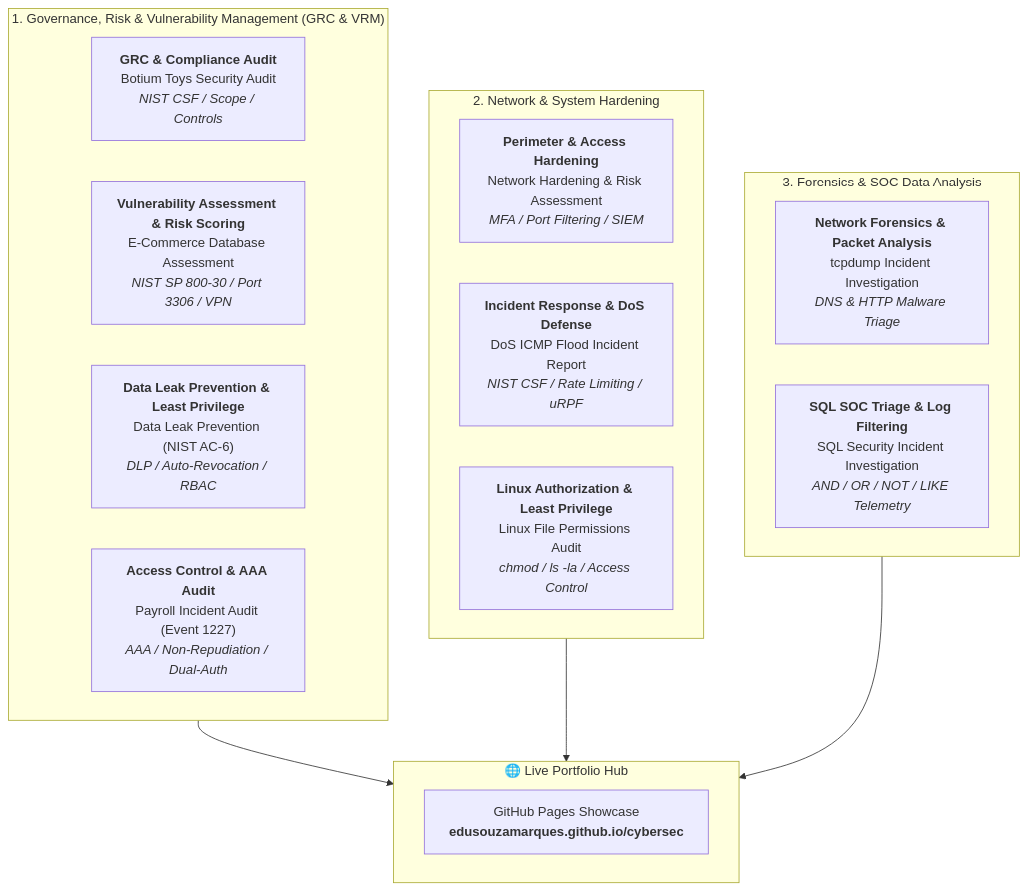
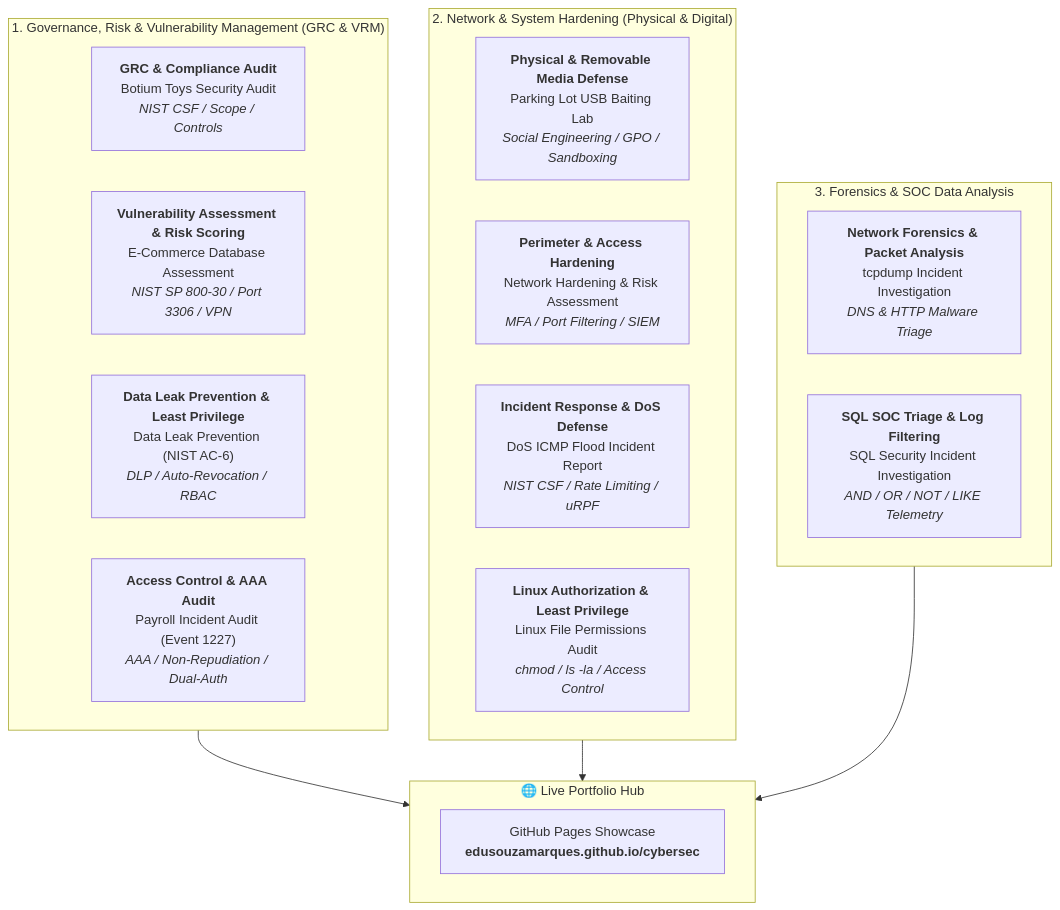
One commit to edusouzamarques/edusouzamarques changed the diagram in README.md. Above: the diagram before and after it, drawn with Mermaid. The commit also changed other lines of this file, not shown here.

Commit message:
docs: feature usb-baiting-attack-vector-lab in practical portfolio showcase

````diff
--- a/README.md
+++ b/README.md
@@ -12,28 +12,29 @@
 ```mermaid
 flowchart TD
     subgraph GRC["1. Governance, Risk & Vulnerability Management (GRC & VRM)"]
         L1["<b>GRC & Compliance Audit</b><br/>Botium Toys Security Audit<br/><i>NIST CSF / Scope / Controls</i>"]
         L2["<b>Vulnerability Assessment & Risk Scoring</b><br/>E-Commerce Database Assessment<br/><i>NIST SP 800-30 / Port 3306 / VPN</i>"]
         L3["<b>Data Leak Prevention & Least Privilege</b><br/>Data Leak Prevention (NIST AC-6)<br/><i>DLP / Auto-Revocation / RBAC</i>"]
         L4["<b>Access Control & AAA Audit</b><br/>Payroll Incident Audit (Event 1227)<br/><i>AAA / Non-Repudiation / Dual-Auth</i>"]
     end
 
-    subgraph Defense["2. Network & System Hardening"]
-        L5["<b>Perimeter & Access Hardening</b><br/>Network Hardening & Risk Assessment<br/><i>MFA / Port Filtering / SIEM</i>"]
-        L6["<b>Incident Response & DoS Defense</b><br/>DoS ICMP Flood Incident Report<br/><i>NIST CSF / Rate Limiting / uRPF</i>"]
-        L7["<b>Linux Authorization & Least Privilege</b><br/>Linux File Permissions Audit<br/><i>chmod / ls -la / Access Control</i>"]
+    subgraph Defense["2. Network & System Hardening (Physical & Digital)"]
+        L5["<b>Physical & Removable Media Defense</b><br/>Parking Lot USB Baiting Lab<br/><i>Social Engineering / GPO / Sandboxing</i>"]
+        L6["<b>Perimeter & Access Hardening</b><br/>Network Hardening & Risk Assessment<br/><i>MFA / Port Filtering / SIEM</i>"]
+        L7["<b>Incident Response & DoS Defense</b><br/>DoS ICMP Flood Incident Report<br/><i>NIST CSF / Rate Limiting / uRPF</i>"]
+        L8["<b>Linux Authorization & Least Privilege</b><br/>Linux File Permissions Audit<br/><i>chmod / ls -la / Access Control</i>"]
     end
 
     subgraph Forensics["3. Forensics & SOC Data Analysis"]
-        L8["<b>Network Forensics & Packet Analysis</b><br/>tcpdump Incident Investigation<br/><i>DNS & HTTP Malware Triage</i>"]
-        L9["<b>SQL SOC Triage & Log Filtering</b><br/>SQL Security Incident Investigation<br/><i>AND / OR / NOT / LIKE Telemetry</i>"]
+        L9["<b>Network Forensics & Packet Analysis</b><br/>tcpdump Incident Investigation<br/><i>DNS & HTTP Malware Triage</i>"]
+        L10["<b>SQL SOC Triage & Log Filtering</b><br/>SQL Security Incident Investigation<br/><i>AND / OR / NOT / LIKE Telemetry</i>"]
     end
 
     subgraph Hub["🌐 Live Portfolio Hub"]
         Web["GitHub Pages Showcase<br/><b>edusouzamarques.github.io/cybersec</b>"]
     end
 
     GRC --> Hub
     Defense --> Hub
     Forensics --> Hub
 ```
````
